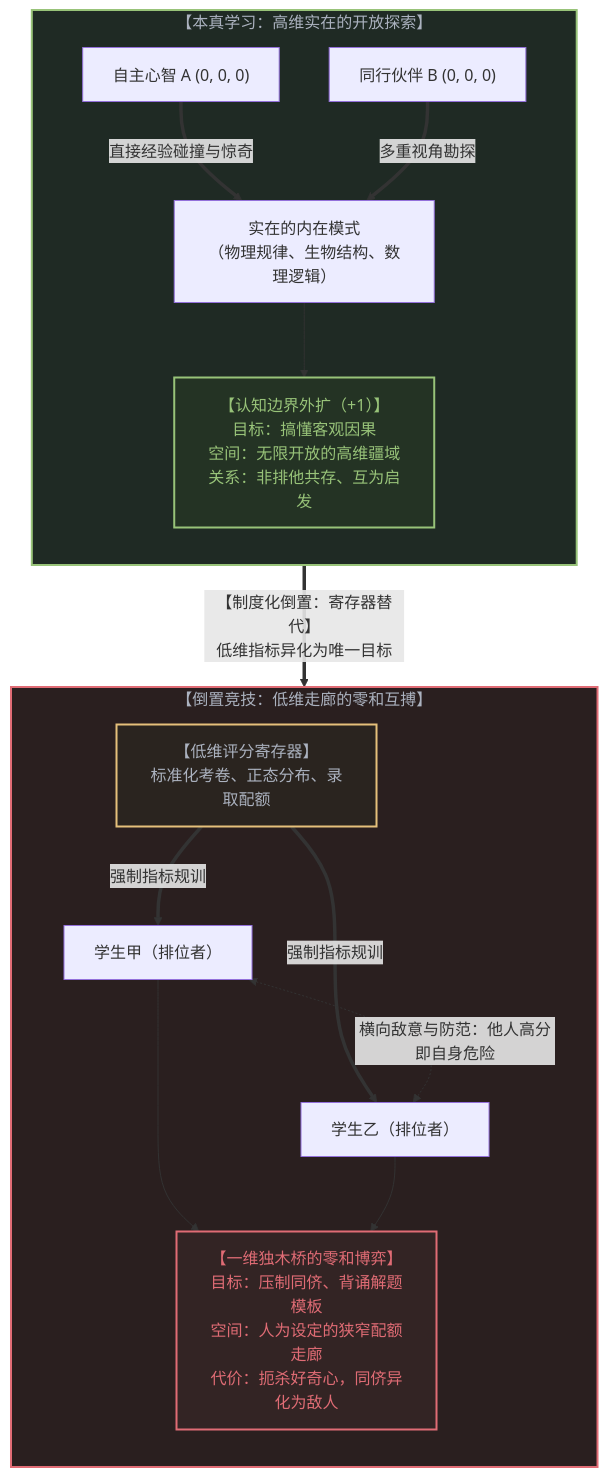
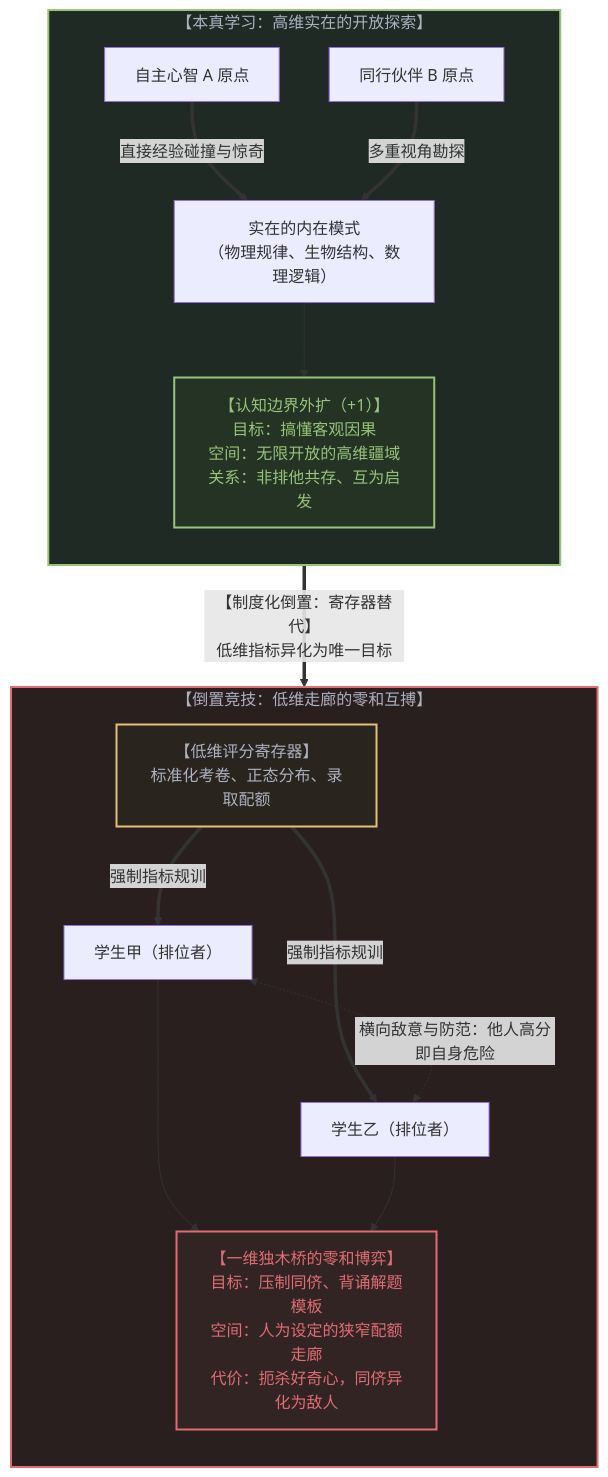
Before and after one commit to powerpig99/not-a-toe: the fifth of 10 diagrams in content/posts/the-reversal-of-education-and-science.md, drawn with Mermaid. The commit also changed other lines of this file and 15 other files, not shown here.

````diff
--- a/content/posts/the-reversal-of-education-and-science.md
+++ b/content/posts/the-reversal-of-education-and-science.md
@@ -189,36 +189,36 @@
 ```mermaid
 graph TD
     subgraph GenuineLearning["【本真学习：高维实在的开放探索】"]
         direction TB
-        MindA["自主心智 A (0, 0, 0)"]
-        MindB["同行伙伴 B (0, 0, 0)"]
+        MindA["自主心智 A 原点"]
+        MindB["同行伙伴 B 原点"]
         Patterns["实在的内在模式<br>（物理规律、生物结构、数理逻辑）"]
         Expansion["【认知边界外扩（+1）】<br>目标：搞懂客观因果<br>空间：无限开放的高维疆域<br>关系：非排他共存、互为启发"]
 
         MindA ==>|"直接经验碰撞与惊奇"| Patterns
         MindB ==>|"多重视角勘探"| Patterns
         Patterns --> Expansion
     end
 
     GenuineLearning ==>|"【制度化倒置：寄存器替代】<br>低维指标异化为唯一目标"| InvertedArena
 
     subgraph InvertedArena["【倒置竞技：低维走廊的零和互搏】"]
         direction TB
         ExamRegister["【低维评分寄存器】<br>标准化考卷、正态分布、录取配额"]
         StudentA["学生甲（排位者）"]
         StudentB["学生乙（排位者）"]
         ZeroSumResult["【一维独木桥的零和博弈】<br>目标：压制同侪、背诵解题模板<br>空间：人为设定的狭窄配额走廊<br>代价：扼杀好奇心，同侪异化为敌人"]
 
         ExamRegister ==>|"强制指标规训"| StudentA
         ExamRegister ==>|"强制指标规训"| StudentB
         StudentA <-.->|"横向敌意与防范：他人高分即自身危险"| StudentB
         StudentA --> ZeroSumResult
         StudentB --> ZeroSumResult
     end
 
     style GenuineLearning fill:#1f2a24,stroke:#98c379,stroke-width:2px,color:#abb2bf
     style InvertedArena fill:#2a1f1f,stroke:#e06c75,stroke-width:2px,color:#abb2bf
     style Expansion fill:#243324,stroke:#98c379,stroke-width:2px,color:#98c379
     style ZeroSumResult fill:#332424,stroke:#e06c75,stroke-width:2px,color:#e06c75
     style ExamRegister fill:#2a241f,stroke:#e5c07b,stroke-width:2px,color:#abb2bf
 ```
````
